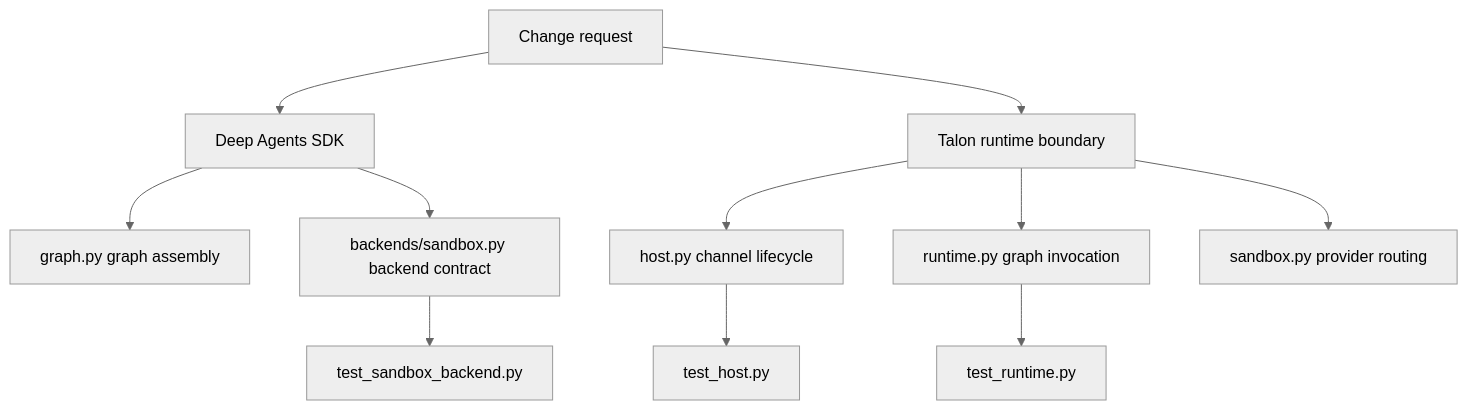
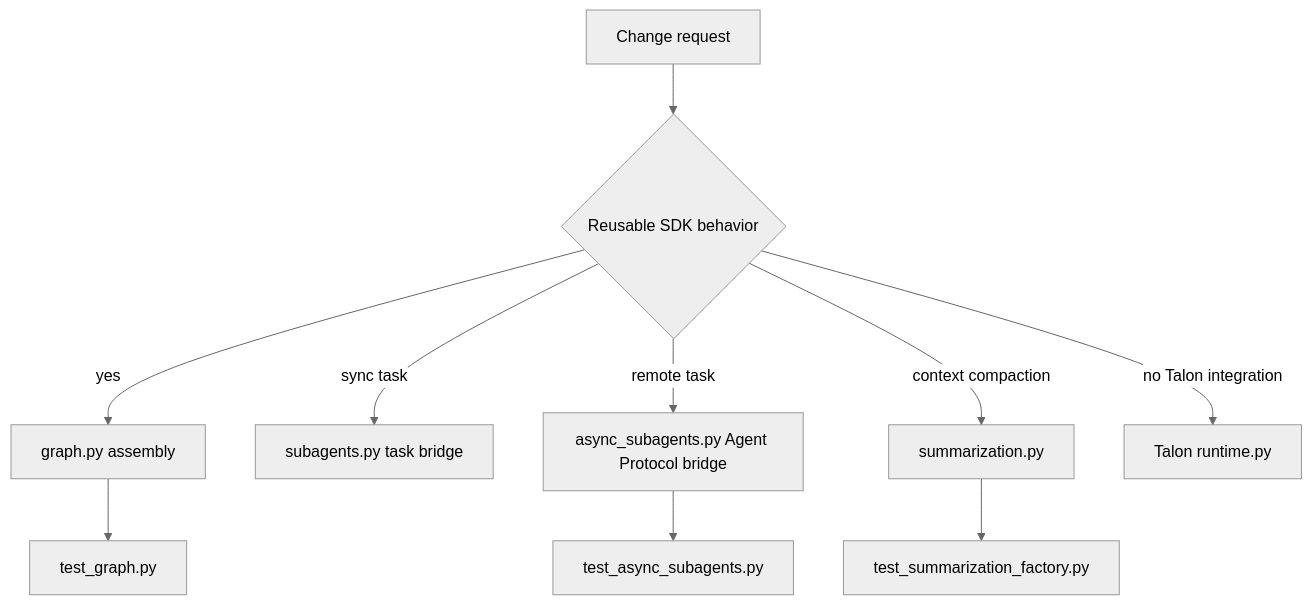
One commit to langchain-ai/deepagents changed the first of 3 diagrams in openwiki/architecture/source-map.md. Above: the diagram before and after it, drawn with Mermaid (neutral theme). The commit also changed other lines of this file and 30 other files, not shown here.

````diff
--- a/openwiki/architecture/source-map.md
+++ b/openwiki/architecture/source-map.md
@@ -53,13 +43,12 @@
 ```mermaid
 flowchart TD
-  Change["Change request"] --> SDK["Deep Agents SDK"]
-  SDK --> Graph["graph.py graph assembly"]
-  SDK --> BaseSandbox["backends/sandbox.py backend contract"]
-  Change --> Talon["Talon runtime boundary"]
-  Talon --> Host["host.py channel lifecycle"]
-  Talon --> Runtime["runtime.py graph invocation"]
-  Talon --> TalonSandbox["sandbox.py provider routing"]
-  Host --> HostTests["test_host.py"]
-  Runtime --> RuntimeTests["test_runtime.py"]
-  BaseSandbox --> SandboxTests["test_sandbox_backend.py"]
+  Change["Change request"] --> Scope{"Reusable SDK behavior"}
+  Scope -->|"yes"| Graph["graph.py assembly"]
+  Scope -->|"sync task"| Sync["subagents.py task bridge"]
+  Scope -->|"remote task"| Async["async_subagents.py Agent Protocol bridge"]
+  Scope -->|"context compaction"| Summary["summarization.py"]
+  Scope -->|"no Talon integration"| Talon["Talon runtime.py"]
+  Graph --> GraphTest["test_graph.py"]
+  Async --> AsyncTest["test_async_subagents.py"]
+  Summary --> SummaryTest["test_summarization_factory.py"]
 ```
````
